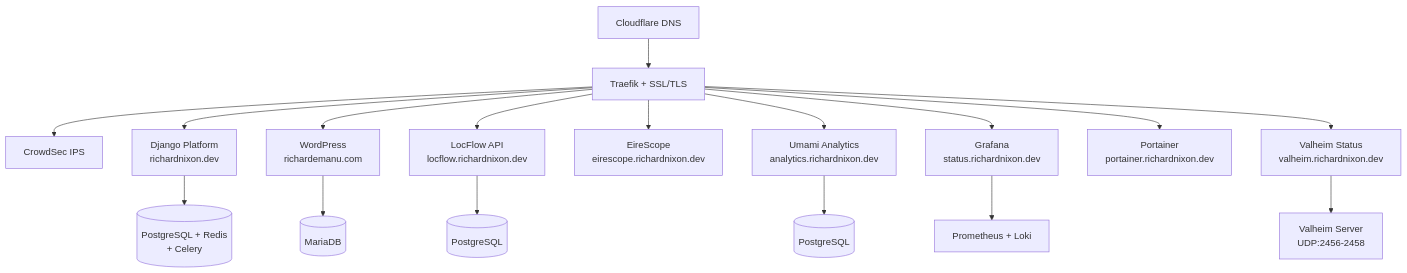
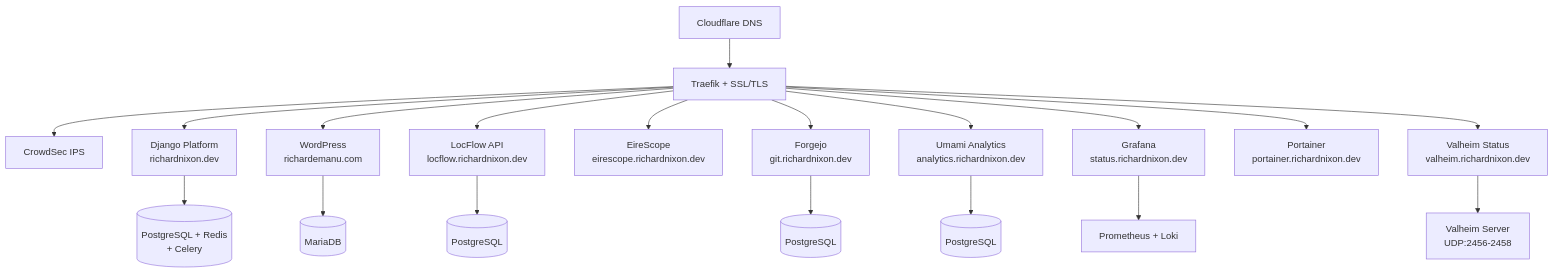
One commit to richardnixondev/richardnixon.dev changed the diagram in README.md. Above: the diagram before and after it, drawn with Mermaid. The commit also changed other lines of this file and 4 other files, not shown here.

First line of the commit message:
Add Forgejo git forge at git.richardnixon.dev

````diff
--- a/README.md
+++ b/README.md
@@ -7,21 +7,23 @@
 ```mermaid
 graph TD
     DNS[Cloudflare DNS] --> Traefik[Traefik + SSL/TLS]
     Traefik --> CrowdSec[CrowdSec IPS]
 
     Traefik --> Platform[Django Platform<br>richardnixon.dev]
     Traefik --> WP[WordPress<br>richardemanu.com]
     Traefik --> LocFlow[LocFlow API<br>locflow.richardnixon.dev]
     Traefik --> EireScope[EireScope<br>eirescope.richardnixon.dev]
+    Traefik --> Forgejo[Forgejo<br>git.richardnixon.dev]
     Traefik --> Umami[Umami Analytics<br>analytics.richardnixon.dev]
     Traefik --> Grafana[Grafana<br>status.richardnixon.dev]
     Traefik --> Portainer[Portainer<br>portainer.richardnixon.dev]
     Traefik --> VStatus[Valheim Status<br>valheim.richardnixon.dev]
 
     Platform --> PlatformDB[(PostgreSQL + Redis<br>+ Celery)]
     LocFlow --> LocFlowDB[(PostgreSQL)]
     Umami --> UmamiDB[(PostgreSQL)]
+    Forgejo --> ForgejoDB[(PostgreSQL)]
     WP --> WPDB[(MariaDB)]
     Grafana --> Prometheus[Prometheus + Loki]
     VStatus --> Valheim[Valheim Server<br>UDP:2456-2458]
 ```
````
